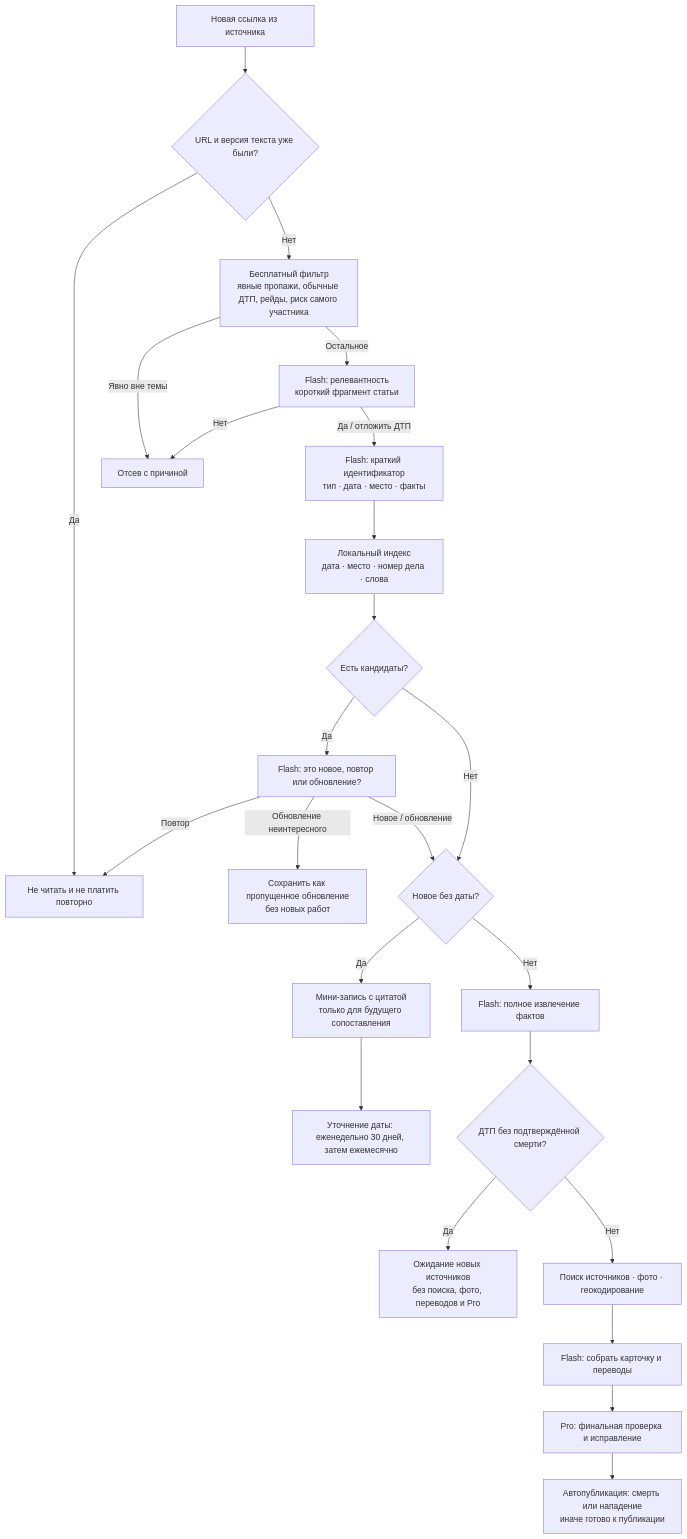
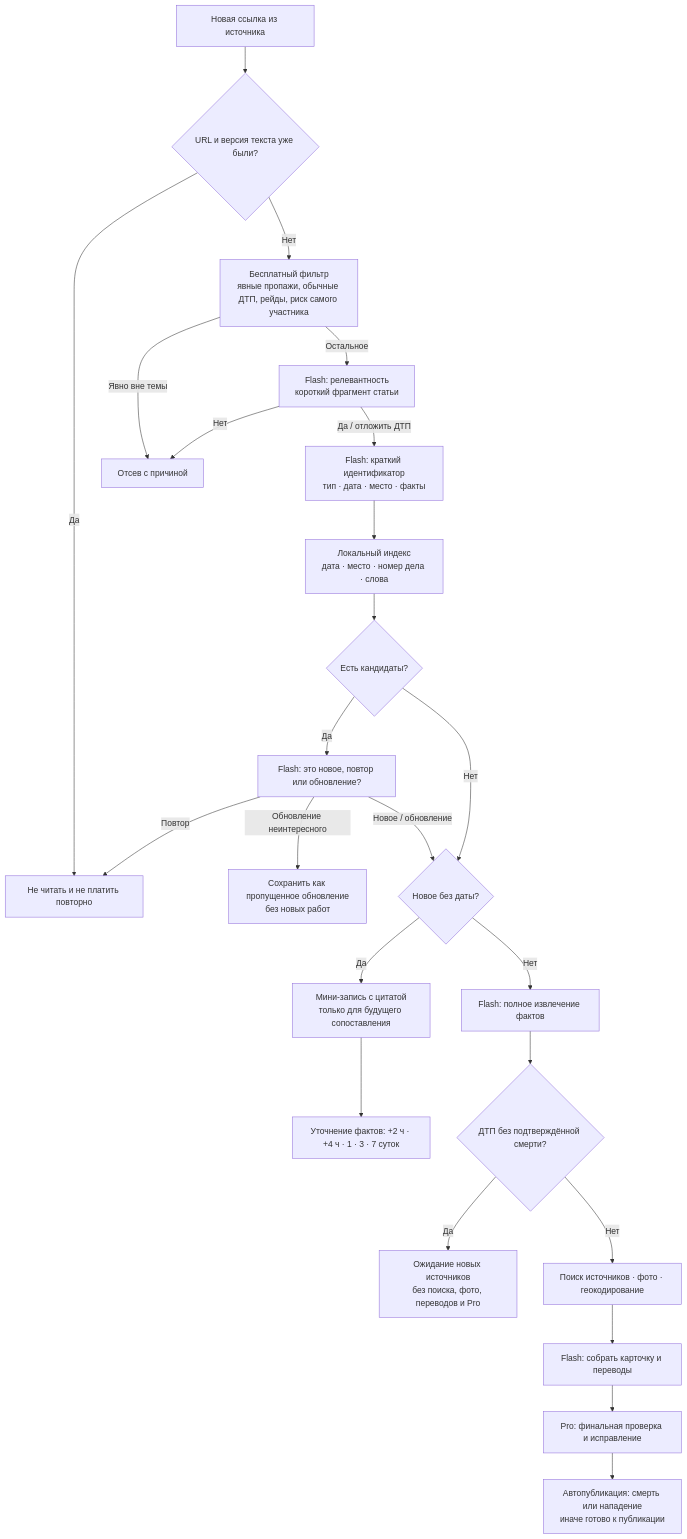
One commit to Fedorovvn/crimap changed the diagram in docs/backend/OPTIMIZED-PIPELINE.md. Above: the diagram before and after it, drawn with Mermaid. The commit also changed other lines of this file and 10 other files, not shown here.

````diff
--- a/docs/backend/OPTIMIZED-PIPELINE.md
+++ b/docs/backend/OPTIMIZED-PIPELINE.md
@@ -5,27 +5,27 @@
 ```mermaid
 flowchart TD
   A["Новая ссылка из источника"] --> B{"URL и версия текста уже были?"}
   B -->|Да| Z["Не читать и не платить повторно"]
   B -->|Нет| C["Бесплатный фильтр\nявные пропажи, обычные ДТП, рейды, риск самого участника"]
   C -->|Явно вне темы| X["Отсев с причиной"]
   C -->|Остальное| D["Flash: релевантность\nкороткий фрагмент статьи"]
   D -->|Нет| X
   D -->|Да / отложить ДТП| E["Flash: краткий идентификатор\nтип · дата · место · факты"]
   E --> F["Локальный индекс\nдата · место · номер дела · слова"]
   F --> G{"Есть кандидаты?"}
   G -->|Да| H["Flash: это новое, повтор или обновление?"]
   G -->|Нет| I
   H -->|Повтор| Z
   H -->|Обновление неинтересного| Y["Сохранить как пропущенное обновление\nбез новых работ"]
   H -->|Новое / обновление| I
   I{"Новое без даты?"}
   I -->|Да| J["Мини-запись с цитатой\nтолько для будущего сопоставления"]
-  J --> K["Уточнение даты: еженедельно 30 дней, затем ежемесячно"]
+  J --> K["Уточнение фактов: +2 ч · +4 ч · 1 · 3 · 7 суток"]
   I -->|Нет| L["Flash: полное извлечение фактов"]
   L --> M{"ДТП без подтверждённой смерти?"}
   M -->|Да| N["Ожидание новых источников\nбез поиска, фото, переводов и Pro"]
   M -->|Нет| O["Поиск источников · фото · геокодирование"]
   O --> P["Flash: собрать карточку и переводы"]
   P --> Q["Pro: финальная проверка и исправление"]
   Q --> R["Автопубликация: смерть или нападение\nиначе готово к публикации"]
 ```
````
